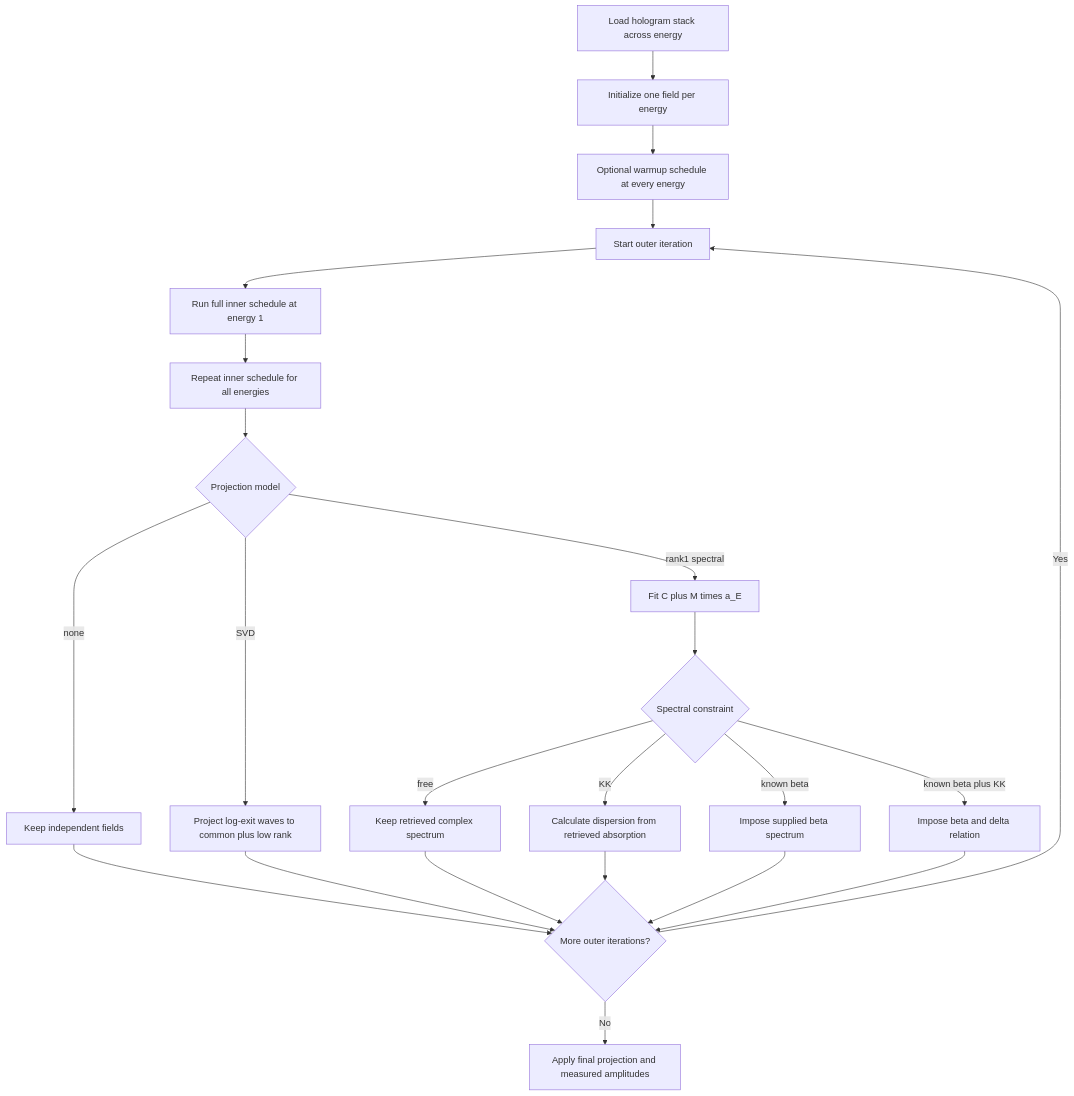
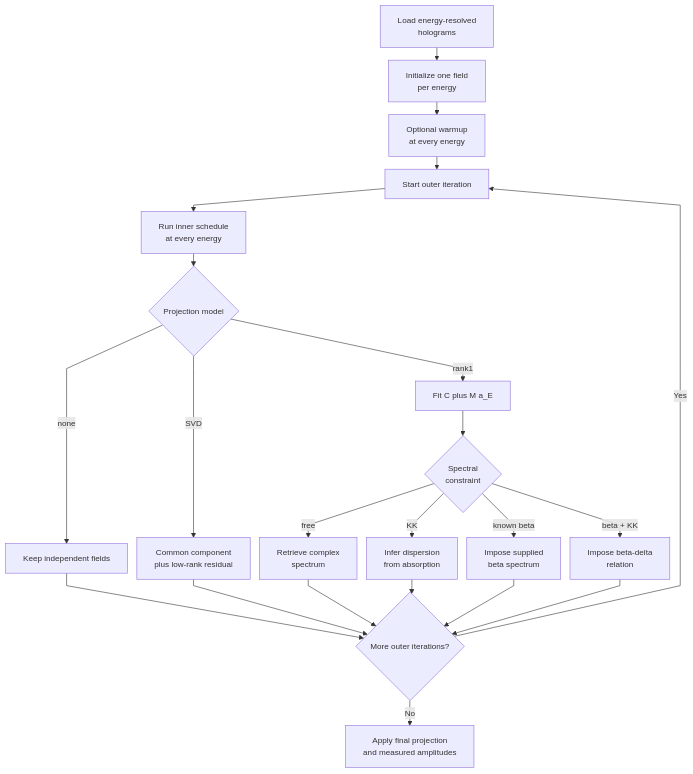
One commit to riccbatt/FTH-Phase-Retrieval-2609-SOLEIL-SEXTANTS changed the third of 5 diagrams in docs/phase_retrieval_libraries.md. Above: the diagram before and after it, drawn with Mermaid. The commit also changed other lines of this file and 2 other files, not shown here.

````diff
--- a/docs/phase_retrieval_libraries.md
+++ b/docs/phase_retrieval_libraries.md
@@ -299,25 +304,25 @@
 ```mermaid
+%%{init: {"flowchart": {"nodeSpacing": 16, "rankSpacing": 22, "curve": "linear"}, "themeVariables": {"fontSize": "14px"}}}%%
 flowchart TD
-    A[Load hologram stack across energy] --> B[Initialize one field per energy]
-    B --> C[Optional warmup schedule at every energy]
+    A[Load energy-resolved<br/>holograms] --> B[Initialize one field<br/>per energy]
+    B --> C[Optional warmup<br/>at every energy]
     C --> D[Start outer iteration]
-    D --> E[Run full inner schedule at energy 1]
-    E --> F[Repeat inner schedule for all energies]
-    F --> G{Projection model}
+    D --> E[Run inner schedule<br/>at every energy]
+    E --> G{Projection model}
     G -- none --> H[Keep independent fields]
-    G -- SVD --> I[Project log-exit waves to common plus low rank]
-    G -- rank1 spectral --> J[Fit C plus M times a_E]
-    J --> K{Spectral constraint}
-    K -- free --> L[Keep retrieved complex spectrum]
-    K -- KK --> M[Calculate dispersion from retrieved absorption]
-    K -- known beta --> N[Impose supplied beta spectrum]
-    K -- known beta plus KK --> O[Impose beta and delta relation]
+    G -- SVD --> I[Common component<br/>plus low-rank residual]
+    G -- rank1 --> J[Fit C plus M a_E]
+    J --> K{Spectral<br/>constraint}
+    K -- free --> L[Retrieve complex<br/>spectrum]
+    K -- KK --> M[Infer dispersion<br/>from absorption]
+    K -- known beta --> N[Impose supplied<br/>beta spectrum]
+    K -- beta + KK --> O[Impose beta-delta<br/>relation]
     H --> P{More outer iterations?}
     I --> P
     L --> P
     M --> P
     N --> P
     O --> P
     P -- Yes --> D
-    P -- No --> Q[Apply final projection and measured amplitudes]
+    P -- No --> Q[Apply final projection<br/>and measured amplitudes]
 ```
````
